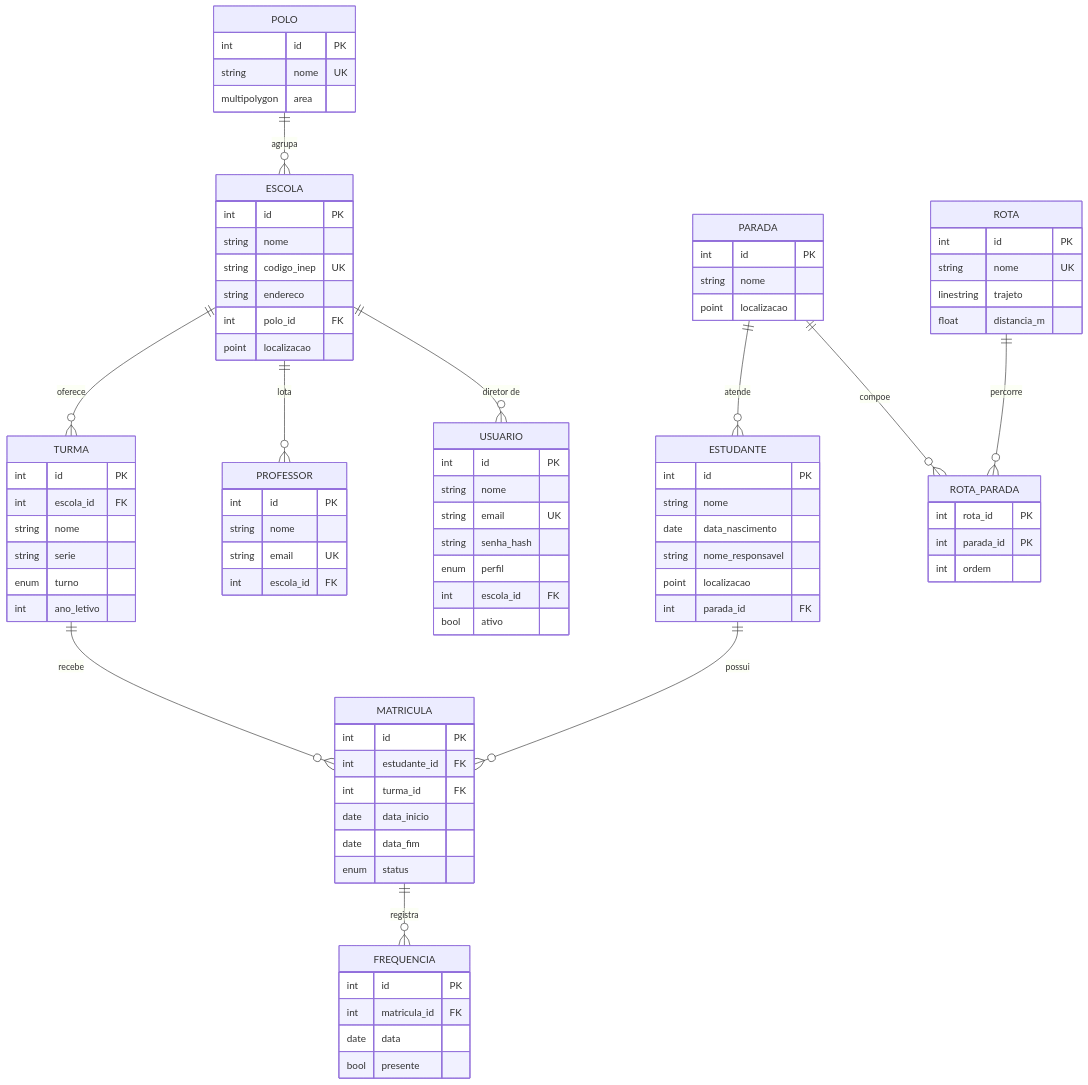
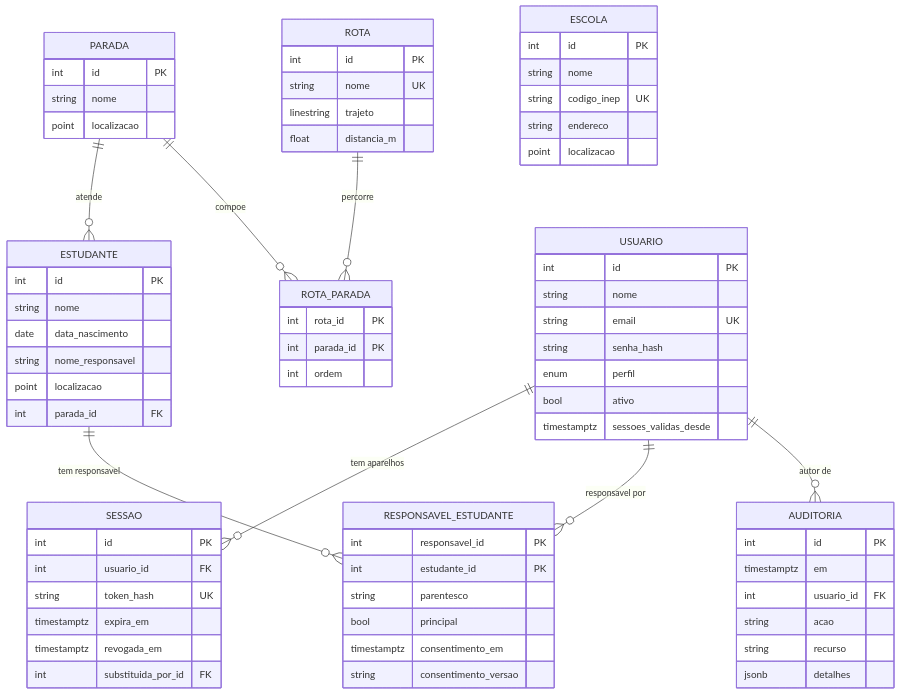
Before and after one commit to noirelab/educamobile: the diagram in docs/modelo-er.md, drawn with Mermaid. The commit also changed other lines of this file and 39 other files, not shown here.

````diff
--- a/docs/modelo-er.md
+++ b/docs/modelo-er.md
@@ -5,66 +5,57 @@
 ```mermaid
 erDiagram
-    POLO ||--o{ ESCOLA : agrupa
-    ESCOLA ||--o{ TURMA : oferece
-    ESCOLA ||--o{ PROFESSOR : lota
-    ESCOLA ||--o{ USUARIO : "diretor de"
-    TURMA ||--o{ MATRICULA : recebe
-    ESTUDANTE ||--o{ MATRICULA : possui
-    MATRICULA ||--o{ FREQUENCIA : registra
     PARADA ||--o{ ESTUDANTE : atende
     ROTA ||--o{ ROTA_PARADA : percorre
     PARADA ||--o{ ROTA_PARADA : compoe
+    USUARIO ||--o{ SESSAO : "tem aparelhos"
+    USUARIO ||--o{ RESPONSAVEL_ESTUDANTE : "responsavel por"
+    ESTUDANTE ||--o{ RESPONSAVEL_ESTUDANTE : "tem responsavel"
+    USUARIO ||--o{ AUDITORIA : "autor de"
 
-    POLO { int id PK
-        string nome UK
-        multipolygon area }
     ESCOLA { int id PK
         string nome
         string codigo_inep UK
         string endereco
-        int polo_id FK
         point localizacao }
-    TURMA { int id PK
-        int escola_id FK
-        string nome
-        string serie
-        enum turno
-        int ano_letivo }
     ESTUDANTE { int id PK
         string nome
         date data_nascimento
         string nome_responsavel
         point localizacao
         int parada_id FK }
-    PROFESSOR { int id PK
-        string nome
-        string email UK
-        int escola_id FK }
-    MATRICULA { int id PK
-        int estudante_id FK
-        int turma_id FK
-        date data_inicio
-        date data_fim
-        enum status }
-    FREQUENCIA { int id PK
-        int matricula_id FK
-        date data
-        bool presente }
     PARADA { int id PK
         string nome
         point localizacao }
     ROTA { int id PK
         string nome UK
         linestring trajeto
         float distancia_m }
     ROTA_PARADA { int rota_id PK
         int parada_id PK
         int ordem }
     USUARIO { int id PK
         string nome
         string email UK
         string senha_hash
         enum perfil
-        int escola_id FK
-        bool ativo }
+        bool ativo
+        timestamptz sessoes_validas_desde }
+    SESSAO { int id PK
+        int usuario_id FK
+        string token_hash UK
+        timestamptz expira_em
+        timestamptz revogada_em
+        int substituida_por_id FK }
+    RESPONSAVEL_ESTUDANTE { int responsavel_id PK
+        int estudante_id PK
+        string parentesco
+        bool principal
+        timestamptz consentimento_em
+        string consentimento_versao }
+    AUDITORIA { int id PK
+        timestamptz em
+        int usuario_id FK
+        string acao
+        string recurso
+        jsonb detalhes }
 ```
````
